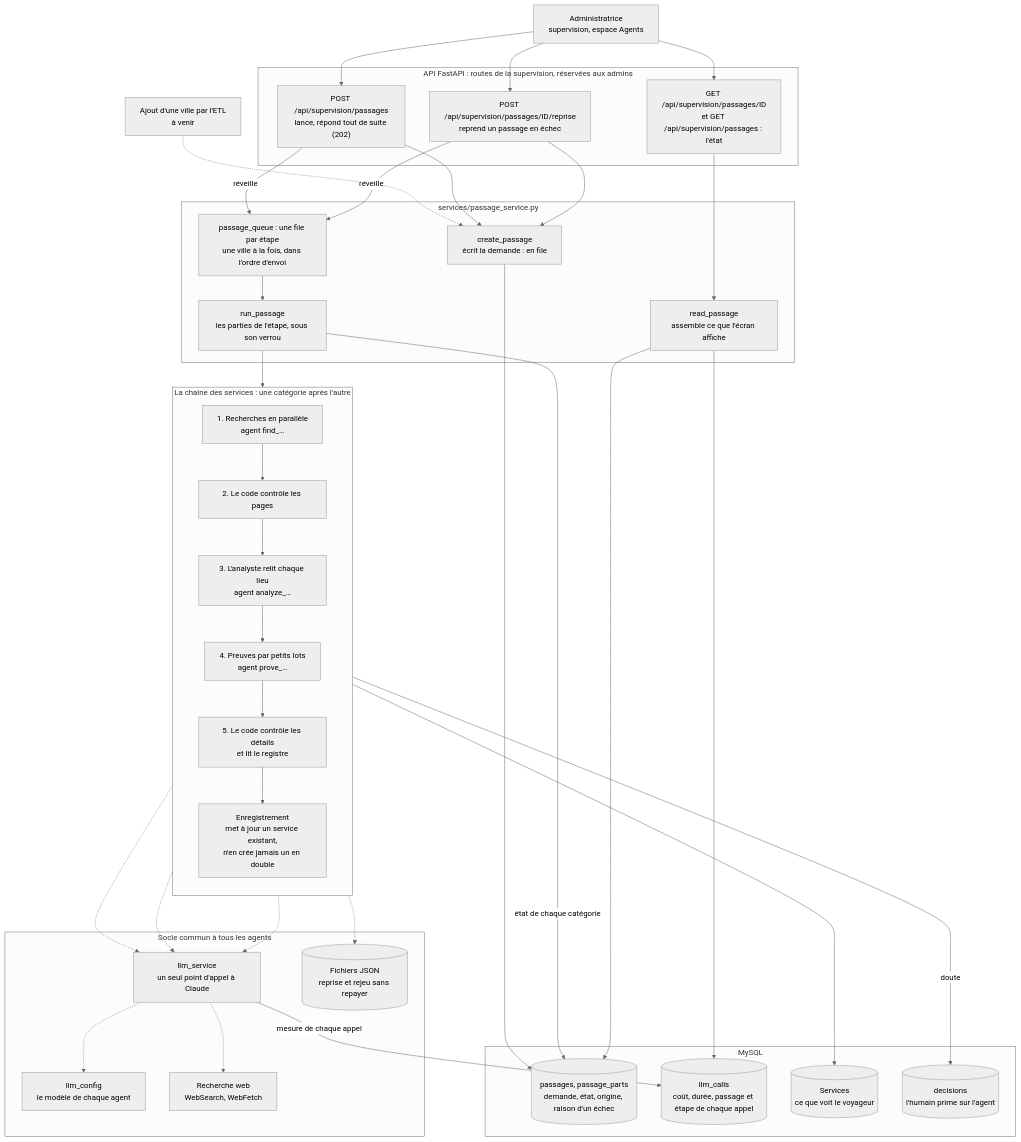
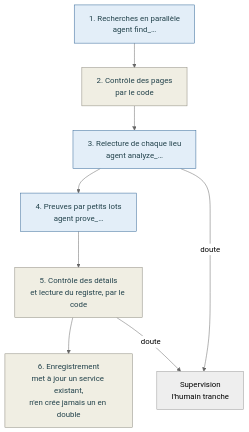
Before and after one commit to natbediee/randovango: the fourth of 5 diagrams in docs/architecture_agents.md, drawn with Mermaid (neutral theme). The commit also changed other lines of this file, not shown here.

Commit message:
Issue 387 : l'architecture des agents en quatre schémas, couvre toutes les chaînes, le journal et le verrou d'écriture

````diff
--- a/docs/architecture_agents.md
+++ b/docs/architecture_agents.md
@@ -11,68 +112,15 @@
 ```mermaid
 flowchart TB
-    ADMIN["Administratrice<br/>supervision, espace Agents"]
-    ETLV["Ajout d'une ville par l'ETL<br/>à venir"]
+    S1["1. Recherches en parallèle<br/>agent find_…"] --> S2["2. Contrôle des pages<br/>par le code"]
+    S2 --> S3["3. Relecture de chaque lieu<br/>agent analyze_…"]
+    S3 --> S4["4. Preuves par petits lots<br/>agent prove_…"]
+    S4 --> S5["5. Contrôle des détails<br/>et lecture du registre, par le code"]
+    S5 --> STORE["6. Enregistrement<br/>met à jour un service existant,<br/>n'en crée jamais un en double"]
+    S3 -- "doute" --> SUP["Supervision<br/>l'humain tranche"]
+    S5 -- "doute" --> SUP
 
-    subgraph API["API FastAPI : routes de la supervision, réservées aux admins"]
-        POST["POST /api/supervision/passages<br/>lance, répond tout de suite (202)"]
-        RESUME["POST /api/supervision/passages/ID/reprise<br/>reprend un passage en échec"]
-        GET["GET /api/supervision/passages/ID<br/>et GET /api/supervision/passages : l'état"]
-    end
-
-    subgraph SVC["services/passage_service.py"]
-        CREATE["create_passage<br/>écrit la demande : en file"]
-        QUEUE["passage_queue : une file par étape<br/>une ville à la fois, dans l'ordre d'envoi"]
-        RUN["run_passage<br/>les parties de l'étape, sous son verrou"]
-        READ["read_passage<br/>assemble ce que l'écran affiche"]
-    end
-
-    subgraph CHAIN["La chaîne des services : une catégorie après l'autre"]
-        direction TB
-        S1["1. Recherches en parallèle<br/>agent find_…"]
-        S2["2. Le code contrôle les pages"]
-        S3["3. L'analyste relit chaque lieu<br/>agent analyze_…"]
-        S4["4. Preuves par petits lots<br/>agent prove_…"]
-        S5["5. Le code contrôle les détails<br/>et lit le registre"]
-        STORE["Enregistrement<br/>met à jour un service existant,<br/>n'en crée jamais un en double"]
-        S1 --> S2 --> S3 --> S4 --> S5 --> STORE
-    end
-
-    subgraph COMMON["Socle commun à tous les agents"]
-        LLM["llm_service<br/>un seul point d'appel à Claude"]
-        CONF["llm_config<br/>le modèle de chaque agent"]
-        WS["Recherche web<br/>WebSearch, WebFetch"]
-        TRACE[("Fichiers JSON<br/>reprise et rejeu sans repayer")]
-    end
-
-    subgraph DB["MySQL"]
-        PASS[("passages, passage_parts<br/>demande, état, origine, raison d'un échec")]
-        CALLS[("llm_calls<br/>coût, durée, passage et étape de chaque appel")]
-        SERV[("Services<br/>ce que voit le voyageur")]
-        DEC[("decisions<br/>l'humain prime sur l'agent")]
-    end
-
-    ADMIN --> POST
-    ADMIN --> RESUME
-    ADMIN --> GET
-    ETLV -.-> CREATE
-    POST --> CREATE
-    RESUME --> CREATE
-    CREATE --> PASS
-    POST -- "réveille" --> QUEUE
-    RESUME -- "réveille" --> QUEUE
-    QUEUE --> RUN
-    RUN --> CHAIN
-    RUN -- "état de chaque catégorie" --> PASS
-    S1 -.-> LLM
-    S3 -.-> LLM
-    S4 -.-> LLM
-    LLM -.-> CONF
-    LLM -.-> WS
-    LLM -- "mesure de chaque appel" --> CALLS
-    CHAIN -.-> TRACE
-    STORE --> SERV
-    S3 -- "doute" --> DEC
-    GET --> READ
-    READ --> PASS
-    READ --> CALLS
+    classDef agent fill:#E3EEF8,stroke:#2F6496,color:#22424B
+    classDef code fill:#F0EEE3,stroke:#8A877A,color:#22424B
+    class S1,S3,S4 agent
+    class S2,S5,STORE code
 ```
````
